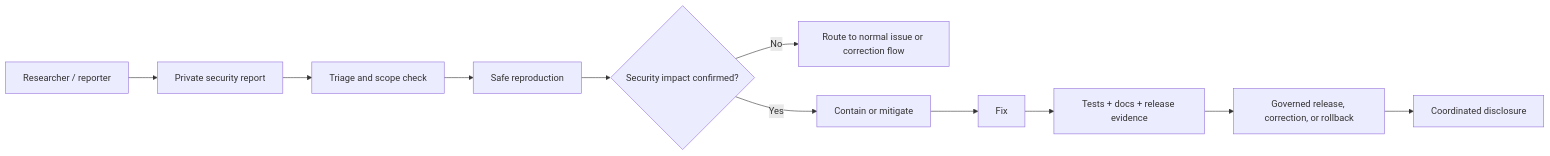
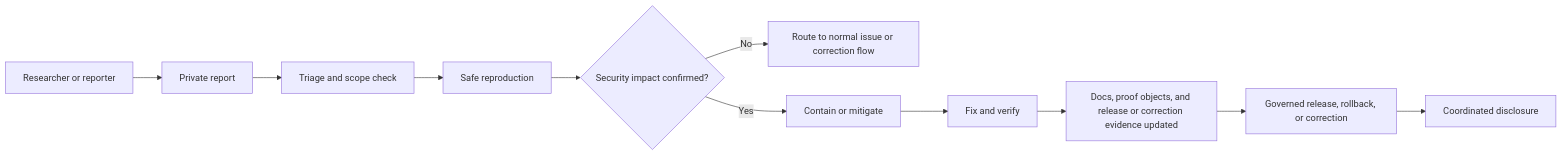
The diagram in .github/SECURITY.md (bartytime4life/Kansas-Frontier-Matrix), drawn with Mermaid before and after one commit. The commit also changed other lines of this file, not shown here.

First line of the commit message:
Revise SECURITY.md for clarity and verification needs

````diff
--- a/.github/SECURITY.md
+++ b/.github/SECURITY.md
@@ -252,13 +251,13 @@
 ```mermaid
 flowchart LR
-    A[Researcher / reporter] --> B[Private security report]
+    A[Researcher or reporter] --> B[Private report]
     B --> C[Triage and scope check]
     C --> D[Safe reproduction]
     D --> E{Security impact confirmed?}
     E -- No --> F[Route to normal issue or correction flow]
     E -- Yes --> G[Contain or mitigate]
-    G --> H[Fix]
-    H --> I[Tests + docs + release evidence]
-    I --> J[Governed release, correction, or rollback]
+    G --> H[Fix and verify]
+    H --> I[Docs, proof objects, and release or correction evidence updated]
+    I --> J[Governed release, rollback, or correction]
     J --> K[Coordinated disclosure]
 ```
````
